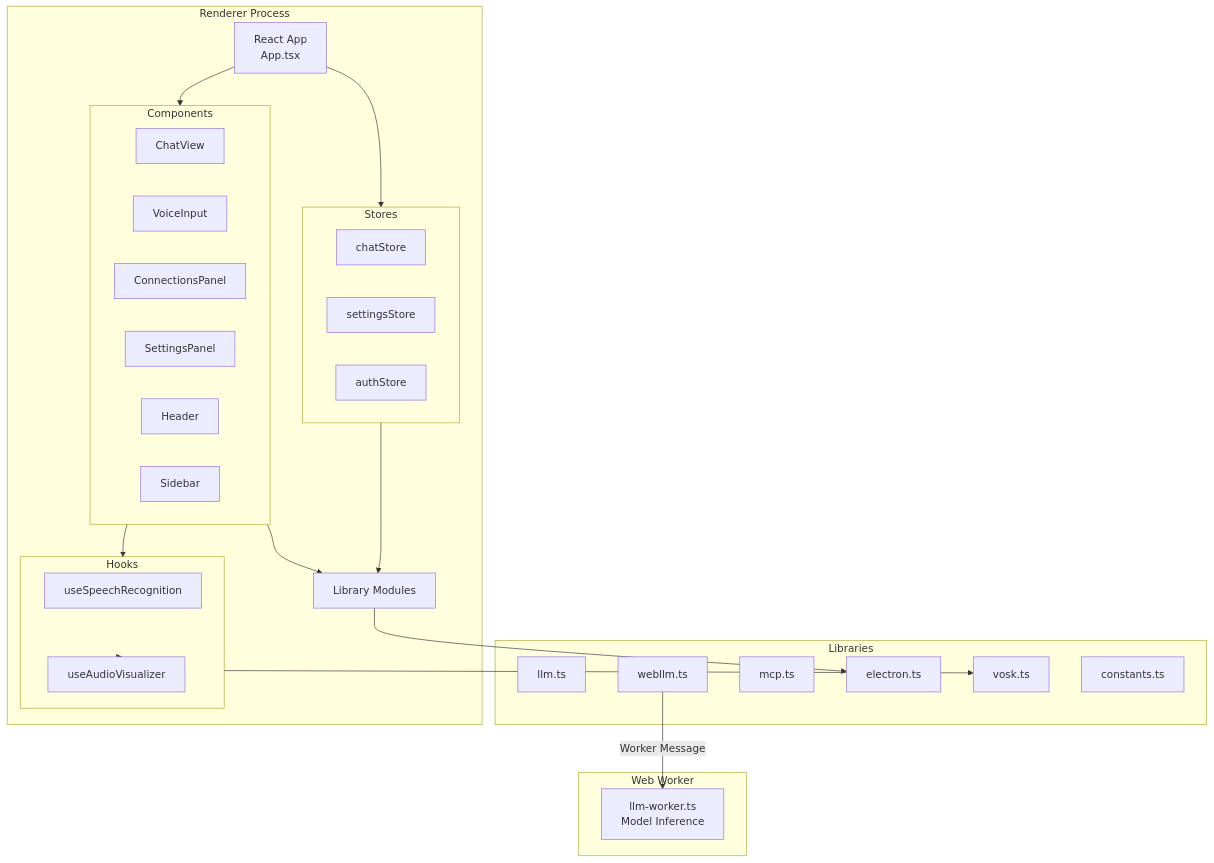
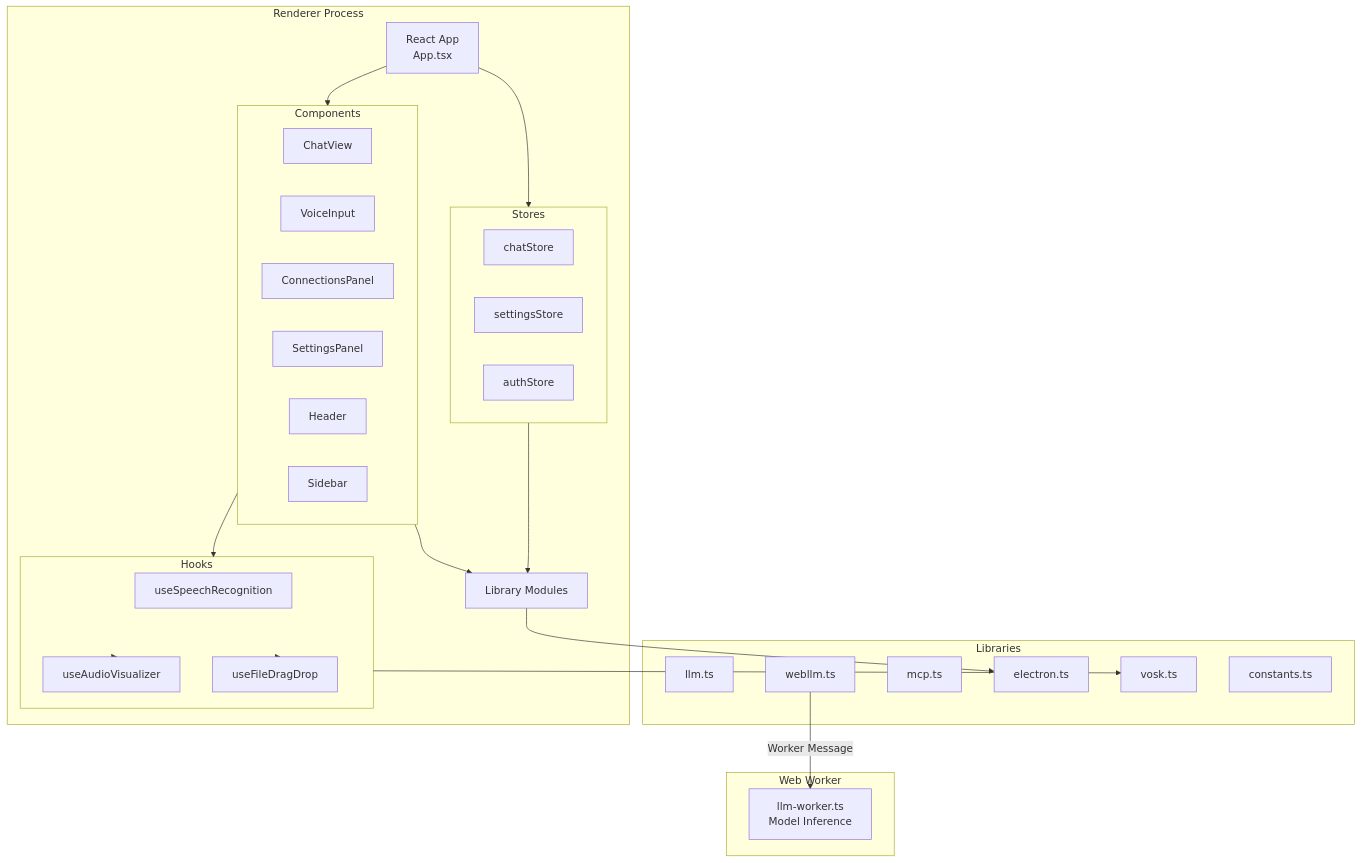
One commit to meharajM/ai-worker.app changed the fourth of 30 diagrams in architecture.md. Above: the diagram before and after it, drawn with Mermaid. The commit also changed other lines of this file and 9 other files, not shown here.

Commit message:
refactor: update architecture and remove obsolete docs

````diff
--- a/architecture.md
+++ b/architecture.md
@@ -142,54 +142,56 @@
 ```mermaid
 graph TB
     subgraph "Renderer Process"
         ReactApp[React App<br/>App.tsx]
         Components[UI Components]
         Stores[Zustand Stores]
         Lib[Library Modules]
         Hooks[Custom Hooks]
     end
 
     subgraph "Components"
         ChatView[ChatView]
         VoiceInput[VoiceInput]
         ConnectionsPanel[ConnectionsPanel]
         SettingsPanel[SettingsPanel]
         Header[Header]
         Sidebar[Sidebar]
     end
 
     subgraph "Stores"
         ChatStore[chatStore]
         SettingsStore[settingsStore]
         AuthStore[authStore]
     end
 
     subgraph "Libraries"
         LLMLib[llm.ts]
         WebLLMLib[webllm.ts]
         MCPLib[mcp.ts]
         ElectronLib[electron.ts]
         VoskLib[vosk.ts]
         Constants[constants.ts]
     end
 
     subgraph "Hooks"
          UseSpeech[useSpeechRecognition]
          UseVisualizer[useAudioVisualizer]
+         UseDragDrop[useFileDragDrop]
     end
 
     ReactApp --> Components
     ReactApp --> Stores
     Components --> Lib
     Components --> Hooks
     Hooks --> VoskLib
     Hooks --> UseVisualizer
+    Hooks --> UseDragDrop
     Stores --> Lib
     Lib --> ElectronLib
     
     subgraph "Web Worker"
         LLMWorker[llm-worker.ts<br/>Model Inference]
     end
     
     WebLLMLib -->|Worker Message| LLMWorker
 ```
````
